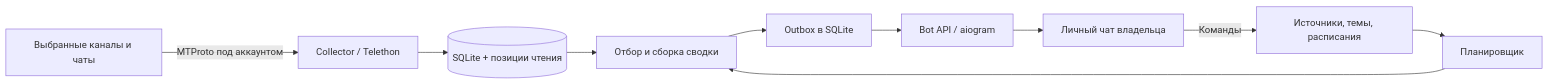
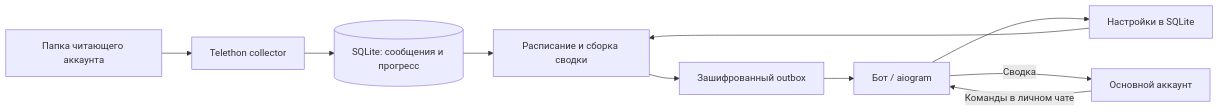
The diagram in docs/architecture.md (ufian/ufifeed), drawn with Mermaid before and after one commit. The commit also changed other lines of this file and 25 other files, not shown here.

Commit message:
feat: implement Telegram folder collector and private digest bot

````diff
--- a/docs/architecture.md
+++ b/docs/architecture.md
@@ -7,12 +5,12 @@
 ```mermaid
 flowchart LR
-    TG[Выбранные каналы и чаты] -->|MTProto под аккаунтом| C[Collector / Telethon]
-    C --> DB[(SQLite + позиции чтения)]
-    CFG[Источники, темы, расписания] --> S[Планировщик]
-    S --> D[Отбор и сборка сводки]
+    F[Папка читающего аккаунта] --> R[Telethon collector]
+    R --> DB[(SQLite: сообщения и прогресс)]
+    U[Основной аккаунт] -->|Команды в личном чате| B[Бот / aiogram]
+    B --> S[Настройки в SQLite]
+    S --> D[Расписание и сборка сводки]
     DB --> D
-    D --> O[Outbox в SQLite]
-    O --> B[Bot API / aiogram]
-    B --> U[Личный чат владельца]
-    U -->|Команды| CFG
+    D --> O[Зашифрованный outbox]
+    O --> B
+    B -->|Сводка| U
 ```
````
